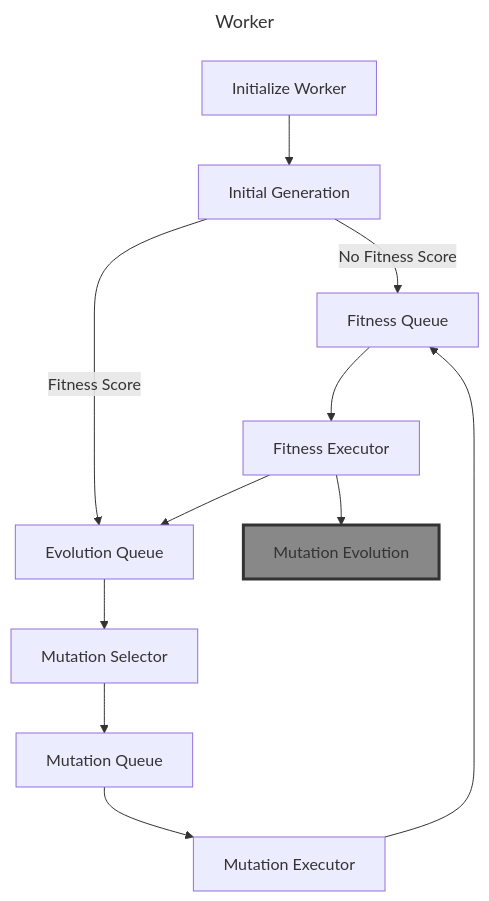
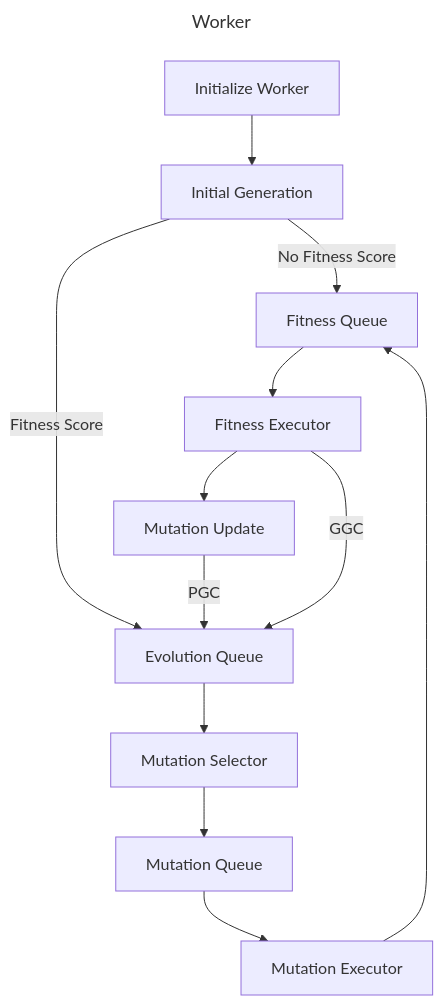
Before and after one commit to Shapedsundew9/erasmus-gp: the first of 2 diagrams in egppy/egppy/worker/docs/workflow.md, drawn with Mermaid. The commit also changed other lines of this file and 17 other files, not shown here.

````diff
--- a/egppy/egppy/worker/docs/workflow.md
+++ b/egppy/egppy/worker/docs/workflow.md
@@ -6,20 +7,21 @@
 ```mermaid
 ---
 title: Worker
 ---
+
 flowchart TB
-    IP[Initialize Worker] --> IG[Initial Generation]
-    IG --> |No Fitness Score|FQ[Fitness Queue]
-    IG --> |Fitness Score|EQ
-    FQ --> FE[Fitness Executor]
-    FE --> MuE[Mutation Evolution]
-    FE --> EQ[Evolution Queue] --> MS
-    MS[Mutation Selector] --> MQ[Mutation Queue]
-    MQ --> ME[Mutation Executor] --> FQ
-
-classDef lightgrey fill:#888888,stroke:#333,stroke-width:3px
-classDef red fill:#FF0000,stroke:#333,stroke-width:1px
-classDef blue fill:#0000FF,stroke:#333,stroke-width:1px
-
-class MuE lightgrey
+    IP["Initialize Worker"] --> IG["Initial Generation"]
+    IG -- No Fitness Score --> FQ["Fitness Queue"]
+    IG -- Fitness Score --> EQ["Evolution Queue"]
+    FQ --> FE["Fitness Executor"]
+    FE --> MU["Mutation Update"]
+    MU -- PGC --> EQ
+    FE -- GGC --> EQ
+    EQ --> MS["Mutation Selector"]
+    MS --> MQ["Mutation Queue"]
+    MQ --> ME["Mutation Executor"]
+    ME --> FQ
+    classDef lightgrey fill:#888888,stroke:#333,stroke-width:3px
+    classDef red fill:#FF0000,stroke:#333,stroke-width:1px
+    classDef blue fill:#0000FF,stroke:#333,stroke-width:1px
 ```
````
